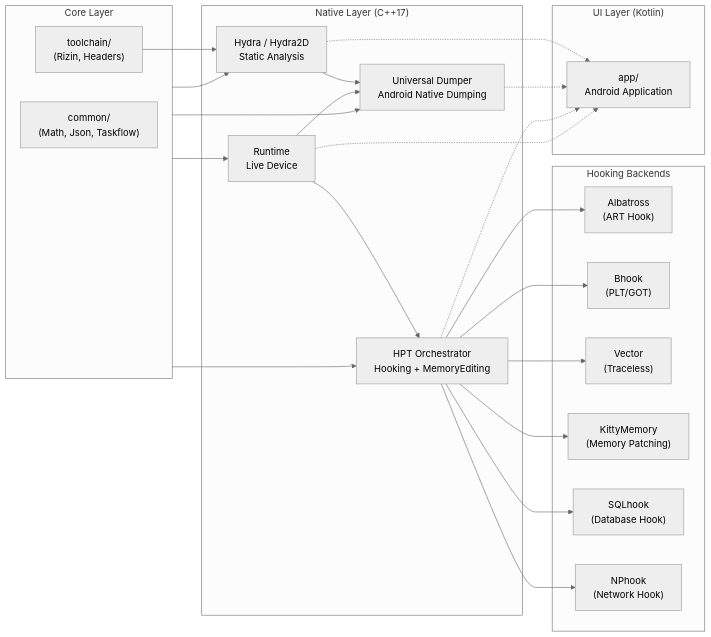
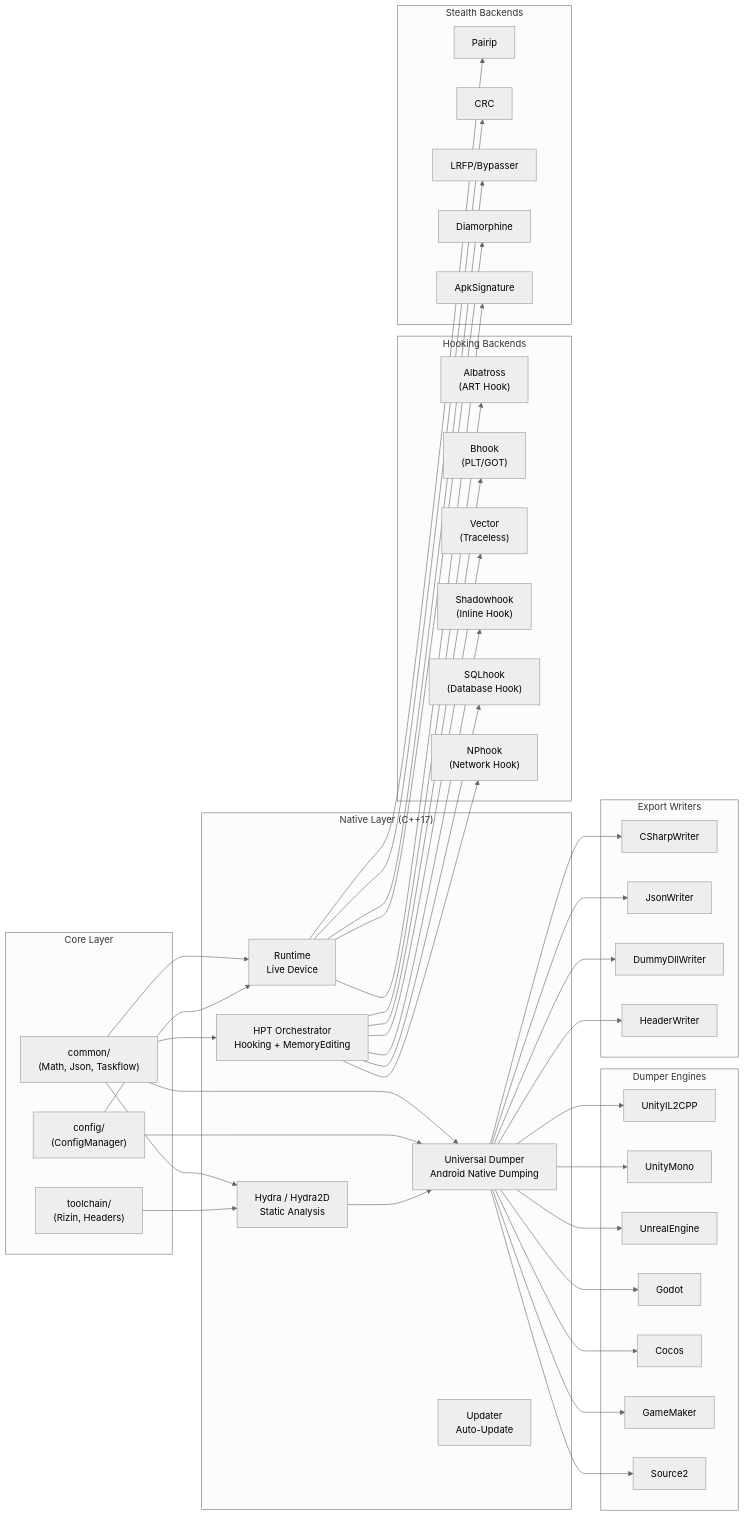
Before and after one commit to CicakDroid/OmniByte: the second of 2 diagrams in README_EN.md, drawn with Mermaid (neutral theme). The commit also changed other lines of this file and 4 other files, not shown here.

````diff
--- a/README_EN.md
+++ b/README_EN.md
@@ -267,48 +324,81 @@
 ```mermaid
 flowchart LR
     subgraph CORE["Core Layer"]
         COMMON["common/\n(Math, Json, Taskflow)"]
         TOOLCHAIN["toolchain/\n(Rizin, Headers)"]
+        CFM["config/\n(ConfigManager)"]
     end
 
     subgraph NATIVE["Native Layer (C++17)"]
         HYDRA["Hydra / Hydra2D\nStatic Analysis"]
         DUMPER["Universal Dumper\nAndroid Native Dumping"]
         HPT["HPT Orchestrator\nHooking + MemoryEditing"]
         RUNTIME["Runtime\nLive Device"]
+        UPDATER["Updater\nAuto-Update"]
     end
 
     subgraph HOOKS["Hooking Backends"]
         HK_ART["Albatross\n(ART Hook)"]
         HK_BHK["Bhook\n(PLT/GOT)"]
         HK_VEC["Vector\n(Traceless)"]
-        HK_KIT["KittyMemory\n(Memory Patching)"]
+        HK_SHD["Shadowhook\n(Inline Hook)"]
         HK_SQL["SQLhook\n(Database Hook)"]
         HK_NP["NPhook\n(Network Hook)"]
     end
 
-    subgraph UI["UI Layer (Kotlin)"]
-        APP["app/\nAndroid Application"]
+    subgraph DUMP_ENGINES["Dumper Engines"]
+        DE_UIL["UnityIL2CPP"]
+        DE_UM["UnityMono"]
+        DE_UNR["UnrealEngine"]
+        DE_GD["Godot"]
+        DE_CC["Cocos"]
+        DE_GM["GameMaker"]
+        DE_S2["Source2"]
     end
 
-    CORE --> HYDRA
-    CORE --> DUMPER
-    CORE --> HPT
-    CORE --> RUNTIME
+    subgraph STEALTH["Stealth Backends"]
+        ZZ_PAIR["Pairip"]
+        ZZ_CRC["CRC"]
+        ZZ_LRFP["LRFP/Bypasser"]
+        ZZ_DIAM["Diamorphine"]
+        ZZ_APK["ApkSignature"]
+    end
+
+    subgraph WRITERS["Export Writers"]
+        W_CS["CSharpWriter"]
+        W_JSON["JsonWriter"]
+        W_DLL["DummyDllWriter"]
+        W_HDR["HeaderWriter"]
+    end
+
+    COMMON --> HYDRA
+    COMMON --> DUMPER
+    COMMON --> HPT
+    COMMON --> RUNTIME
     TOOLCHAIN --> HYDRA
-
+    CFM --> RUNTIME
+    CFM --> DUMPER
     HYDRA --> DUMPER
-    RUNTIME --> DUMPER
-    RUNTIME --> HPT
+    DUMPER --> W_CS
+    DUMPER --> W_JSON
+    DUMPER --> W_DLL
+    DUMPER --> W_HDR
     HPT --> HK_ART
     HPT --> HK_BHK
     HPT --> HK_VEC
-    HPT --> HK_KIT
+    HPT --> HK_SHD
     HPT --> HK_SQL
     HPT --> HK_NP
-
-    HYDRA -.-> APP
-    DUMPER -.-> APP
-    HPT -.-> APP
-    RUNTIME -.-> APP
+    DUMPER --> DE_UIL
+    DUMPER --> DE_UM
+    DUMPER --> DE_UNR
+    DUMPER --> DE_GD
+    DUMPER --> DE_CC
+    DUMPER --> DE_GM
+    DUMPER --> DE_S2
+    RUNTIME --> ZZ_PAIR
+    RUNTIME --> ZZ_CRC
+    RUNTIME --> ZZ_LRFP
+    RUNTIME --> ZZ_DIAM
+    RUNTIME --> ZZ_APK
 ```
````
